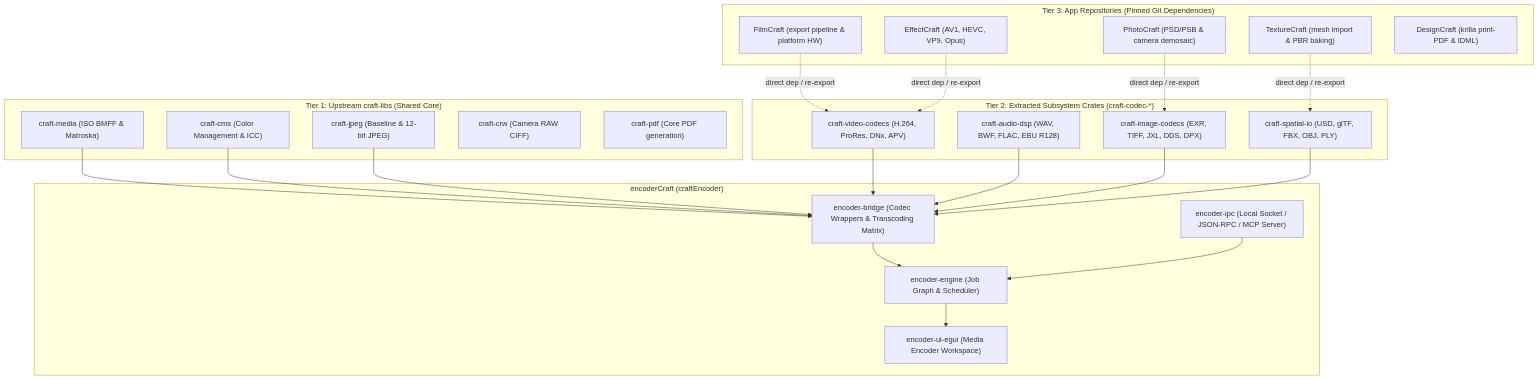
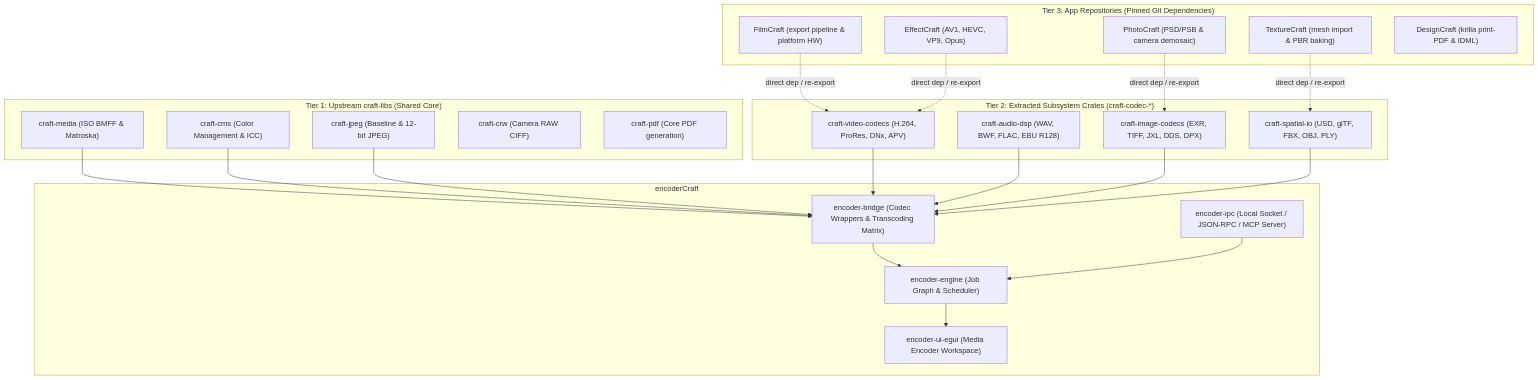
Before and after one commit to el-j/encoderCraft: the diagram in docs/artcraft-exporters-survey.md, drawn with Mermaid.

Commit message:
docs: standardize repository naming to encoderCraft

````diff
--- a/docs/artcraft-exporters-survey.md
+++ b/docs/artcraft-exporters-survey.md
@@ -123,48 +123,48 @@
 ```mermaid
 flowchart TD
     subgraph Tier1["Tier 1: Upstream craft-libs (Shared Core)"]
         CL_Media["craft-media (ISO BMFF & Matroska)"]
         CL_CMS["craft-cms (Color Management & ICC)"]
         CL_JPEG["craft-jpeg (Baseline & 12-bit JPEG)"]
         CL_CRW["craft-crw (Camera RAW CIFF)"]
         CL_PDF["craft-pdf (Core PDF generation)"]
     end
 
     subgraph Tier2["Tier 2: Extracted Subsystem Crates (craft-codec-*)"]
         CC_Video["craft-video-codecs (H.264, ProRes, DNx, APV)"]
         CC_Audio["craft-audio-dsp (WAV, BWF, FLAC, EBU R128)"]
         CC_Raster["craft-image-codecs (EXR, TIFF, JXL, DDS, DPX)"]
         CC_3D["craft-spatial-io (USD, glTF, FBX, OBJ, PLY)"]
     end
 
     subgraph Tier3["Tier 3: App Repositories (Pinned Git Dependencies)"]
         FC["FilmCraft (export pipeline & platform HW)"]
         EC["EffectCraft (AV1, HEVC, VP9, Opus)"]
         PC["PhotoCraft (PSD/PSB & camera demosaic)"]
         TC["TextureCraft (mesh import & PBR baking)"]
         DC["DesignCraft (krilla print-PDF & IDML)"]
     end
 
-    subgraph App["encoderCraft (craftEncoder)"]
+    subgraph App["encoderCraft"]
         Engine["encoder-engine (Job Graph & Scheduler)"]
         Bridge["encoder-bridge (Codec Wrappers & Transcoding Matrix)"]
         IPC["encoder-ipc (Local Socket / JSON-RPC / MCP Server)"]
         UI["encoder-ui-egui (Media Encoder Workspace)"]
     end
 
     CL_Media --> Bridge
     CL_CMS --> Bridge
     CL_JPEG --> Bridge
     CC_Video --> Bridge
     CC_Audio --> Bridge
     CC_Raster --> Bridge
     CC_3D --> Bridge
     FC -.->|direct dep / re-export| CC_Video
     EC -.->|direct dep / re-export| CC_Video
     PC -.->|direct dep / re-export| CC_Raster
     TC -.->|direct dep / re-export| CC_3D
 
     Bridge --> Engine
     Engine --> UI
     IPC --> Engine
 ```
````
